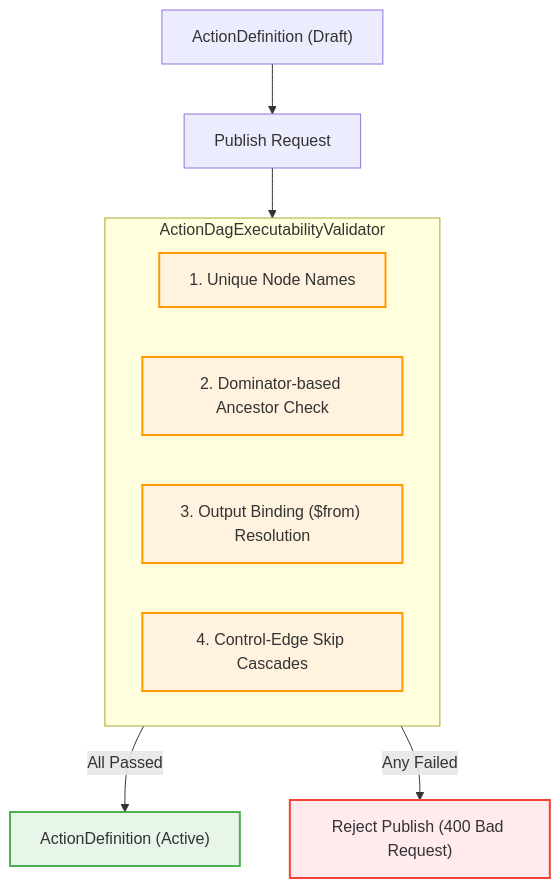
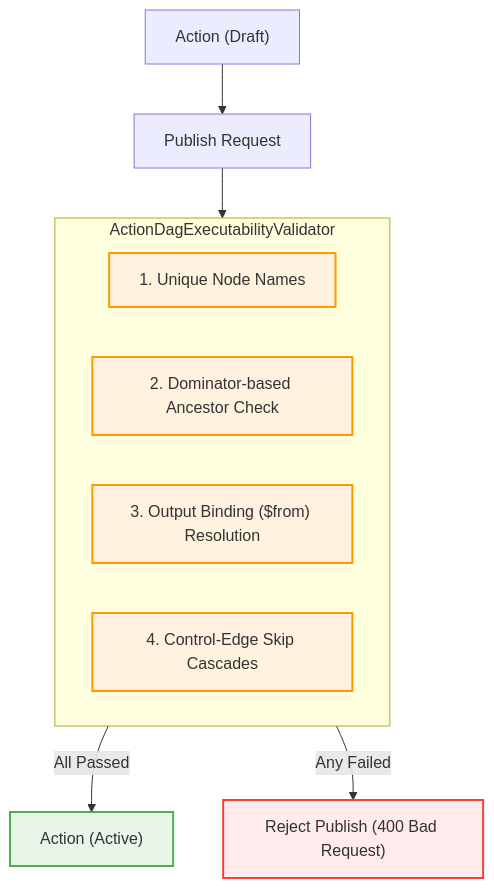
One commit to JadeZaher/azoa-autonomous-zones-of-action changed the third of 5 diagrams in docs/DEV-DOCS.md. Above: the diagram before and after it, drawn with Mermaid. The commit also changed other lines of this file and 169 other files, not shown here.

First line of the commit message:
fix: repair ActionDefinition suffix leaks and stale path citations

````diff
--- a/docs/DEV-DOCS.md
+++ b/docs/DEV-DOCS.md
@@ -112,19 +112,19 @@
 ```mermaid
 graph TD
     classDef stepFill fill:#fff3e0,stroke:#ff9800,stroke-width:2px;
     classDef successFill fill:#e8f5e9,stroke:#4caf50,stroke-width:2px;
     classDef failFill fill:#ffebee,stroke:#f44336,stroke-width:2px;
 
-    Draft["ActionDefinition (Draft)"] --> PublishRequest["Publish Request"]
+    Draft["Action (Draft)"] --> PublishRequest["Publish Request"]
     
     subgraph Validation["ActionDagExecutabilityValidator"]
         V1["1. Unique Node Names"]:::stepFill
         V2["2. Dominator-based Ancestor Check"]:::stepFill
         V3["3. Output Binding ($from) Resolution"]:::stepFill
         V4["4. Control-Edge Skip Cascades"]:::stepFill
     end
     
     PublishRequest --> Validation
-    Validation -->|All Passed| Active["ActionDefinition (Active)"]:::successFill
+    Validation -->|All Passed| Active["Action (Active)"]:::successFill
     Validation -->|Any Failed| Reject["Reject Publish (400 Bad Request)"]:::failFill
 ```
````
